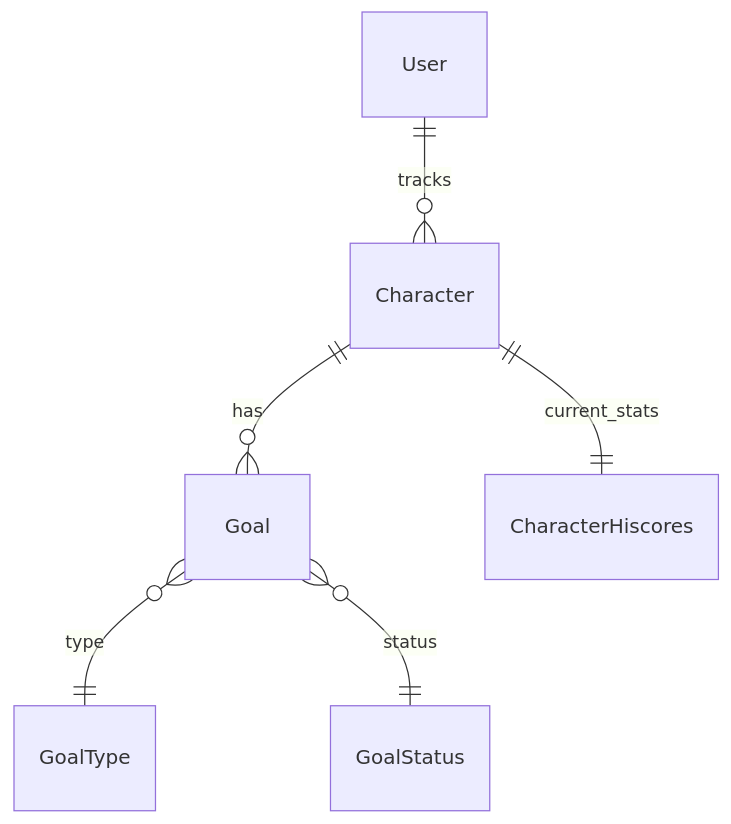
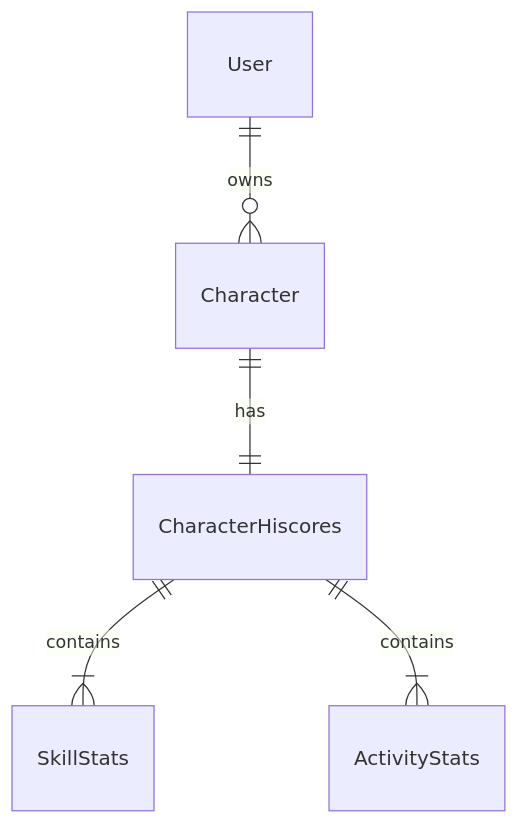
The diagram in docs/MODELS.md (osrsGoalsTracker/service), drawn with Mermaid before and after one commit. The commit also changed other lines of this file and 3 other files, not shown here.

````diff
--- a/docs/MODELS.md
+++ b/docs/MODELS.md
@@ -245,8 +163,7 @@
 ```mermaid
 erDiagram
-    User ||--o{ Character : "tracks"
-    Character ||--o{ Goal : "has"
-    Character ||--|| CharacterHiscores : "current_stats"
-    Goal }o--|| GoalType : "type"
-    Goal }o--|| GoalStatus : "status"
+    User ||--o{ Character : "owns"
+    Character ||--|| CharacterHiscores : "has"
+    CharacterHiscores ||--|{ SkillStats : "contains"
+    CharacterHiscores ||--|{ ActivityStats : "contains"
 ```
````
